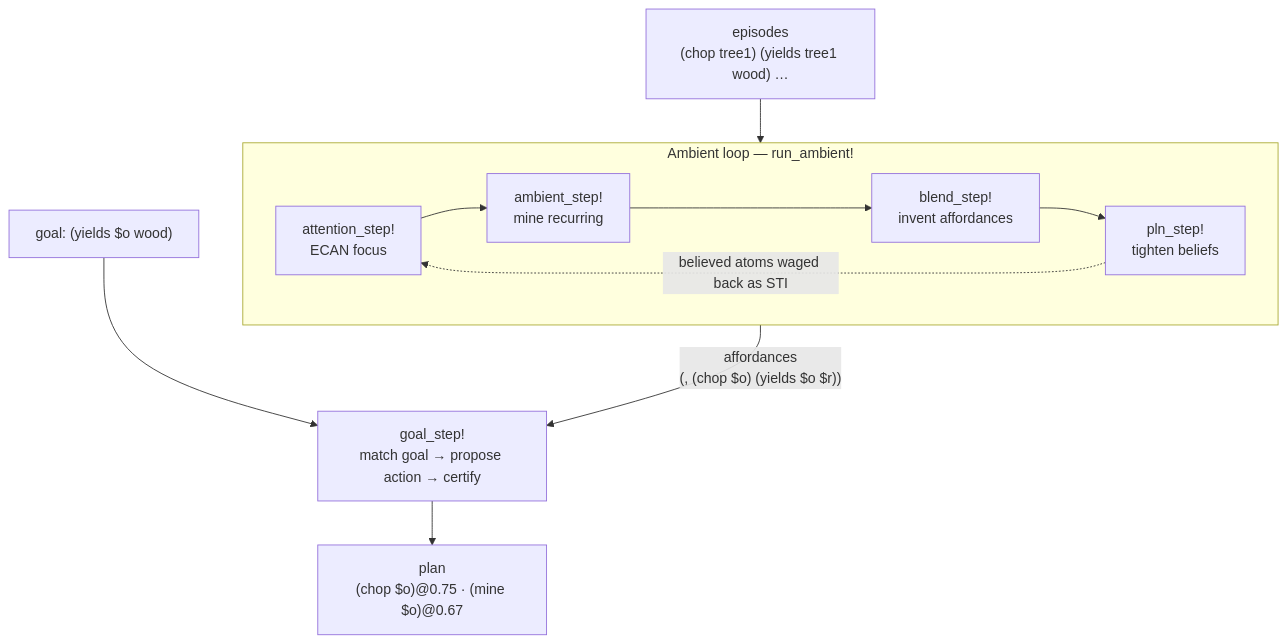
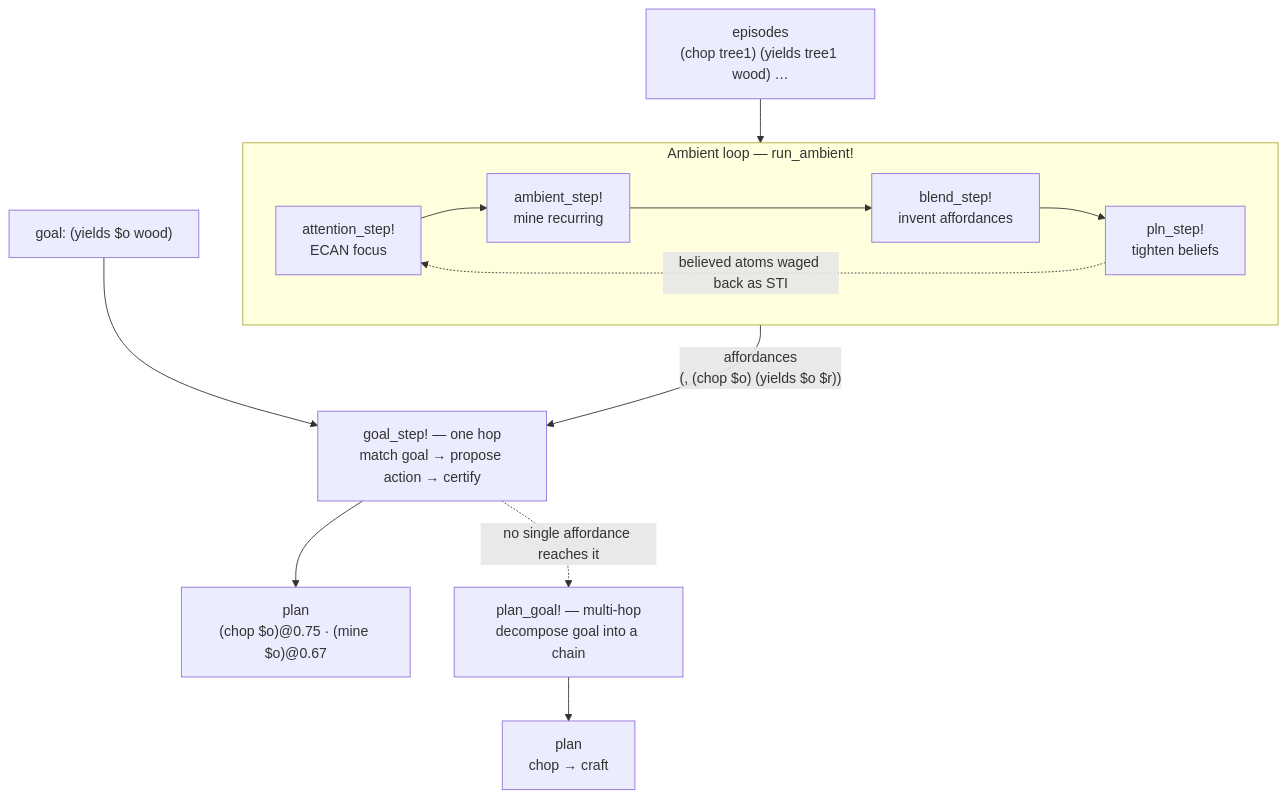
The diagram in docs/src/scenarios.md (CognitiveSubstratesAI/WorldModel), drawn with Mermaid before and after one commit. The commit also changed other lines of this file and 4 other files, not shown here.

````diff
--- a/docs/src/scenarios.md
+++ b/docs/src/scenarios.md
@@ -16,14 +16,16 @@
 ```mermaid
 flowchart TD
     EP["episodes<br/>(chop tree1) (yields tree1 wood) …"] --> AMB
     subgraph AMB["Ambient loop — run_ambient!"]
         direction LR
         A1["attention_step!<br/>ECAN focus"] --> A2["ambient_step!<br/>mine recurring"]
         A2 --> A3["blend_step!<br/>invent affordances"]
         A3 --> A4["pln_step!<br/>tighten beliefs"]
     end
     AMB -->|"affordances<br/>(, (chop $o) (yields $o $r))"| GOAL
-    GOAL["goal_step!<br/>match goal → propose action → certify"] --> PLAN["plan<br/>(chop $o)@0.75 · (mine $o)@0.67"]
+    GOAL["goal_step! — one hop<br/>match goal → propose action → certify"] --> PLAN["plan<br/>(chop $o)@0.75 · (mine $o)@0.67"]
+    GOAL -.->|"no single affordance reaches it"| CHAIN["plan_goal! — multi-hop<br/>decompose goal into a chain"]
+    CHAIN --> PLAN2["plan<br/>chop → craft"]
     G["goal: (yields $o wood)"] --> GOAL
     A4 -.->|"believed atoms waged back as STI"| A1
 ```
````
